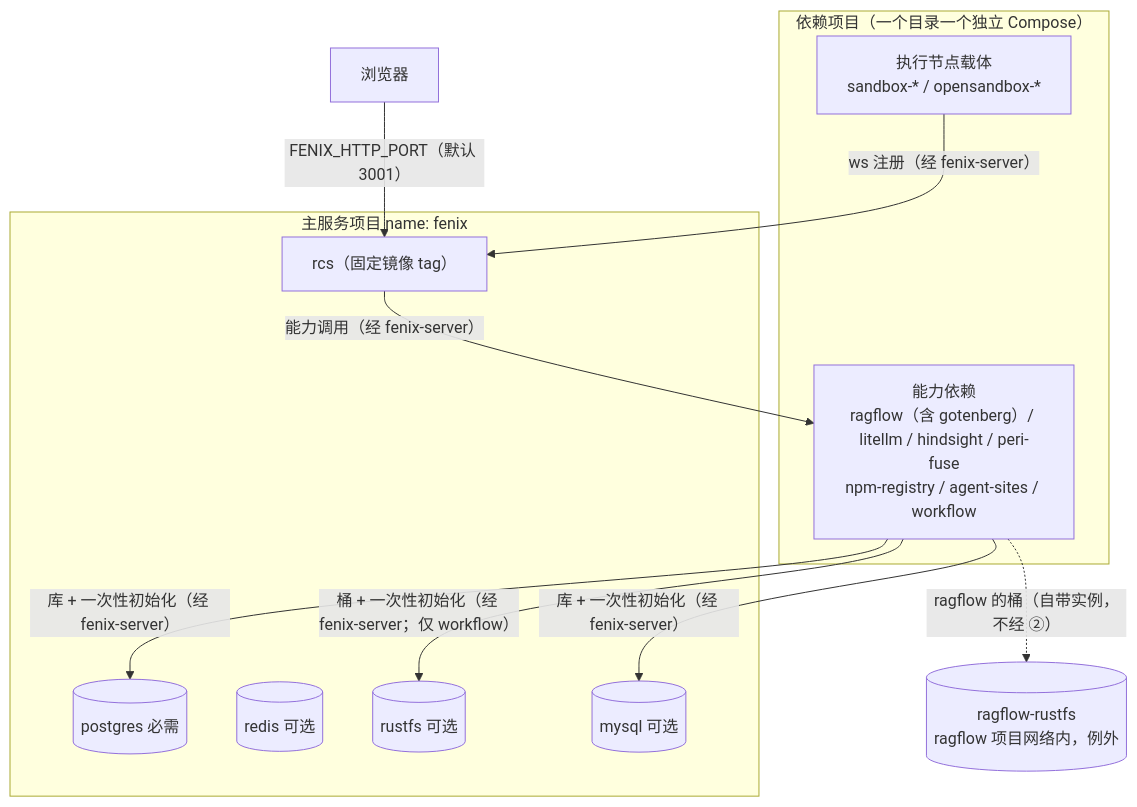
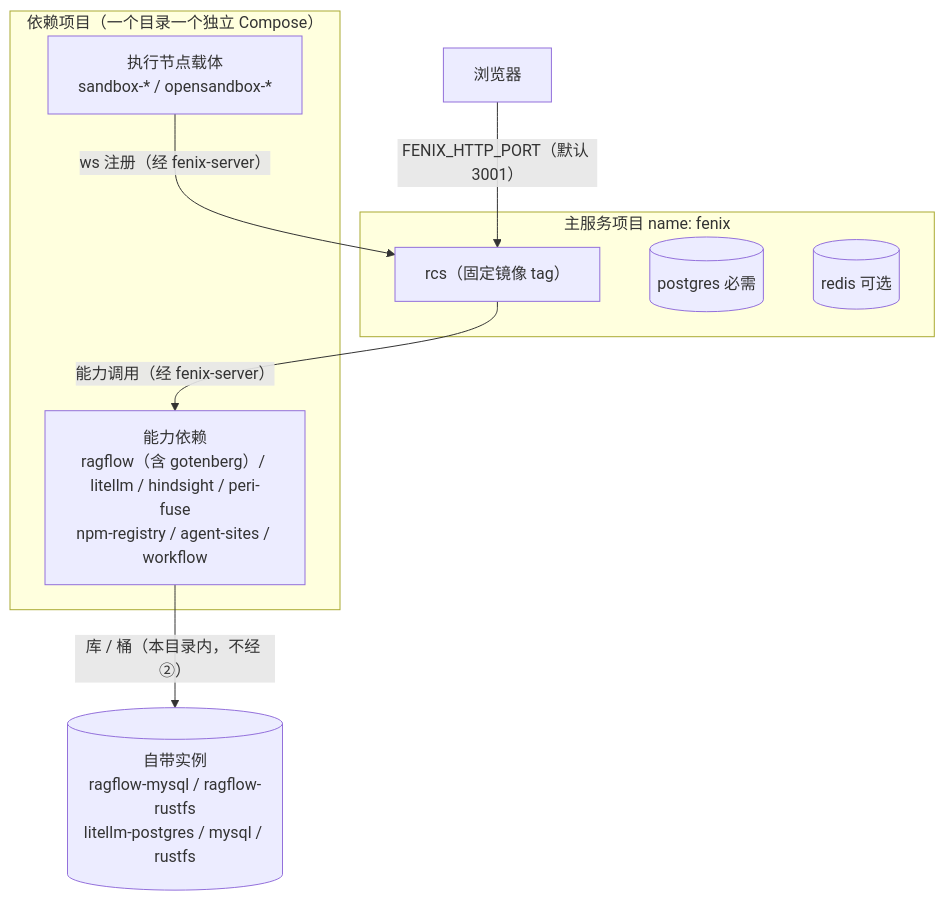
One commit to HuangPuStar/FenixAgent changed the third of 5 diagrams in docs/arch/26-deployment-topology.md. Above: the diagram before and after it, drawn with Mermaid. The commit also changed other lines of this file and 73 other files, not shown here.

````diff
--- a/docs/arch/26-deployment-topology.md
+++ b/docs/arch/26-deployment-topology.md
@@ -181,25 +195,20 @@
 ```mermaid
 flowchart TB
     User["浏览器"] -->|"FENIX_HTTP_PORT（默认 3001）"| RCS["rcs（固定镜像 tag）"]
 
     subgraph Top["主服务项目 name: fenix"]
         RCS
         PG[("postgres 必需")]
         REDIS[("redis 可选")]
-        RUSTFS[("rustfs 可选")]
-        MYSQL[("mysql 可选")]
     end
 
     subgraph Deps["依赖项目（一个目录一个独立 Compose）"]
         CAP["能力依赖<br/>ragflow（含 gotenberg）/ litellm / hindsight / peri-fuse<br/>npm-registry / agent-sites / workflow"]
         NODE["执行节点载体<br/>sandbox-* / opensandbox-*"]
     end
 
-    CAP -->|"库 + 一次性初始化（经 fenix-server）"| PG
-    CAP -->|"桶 + 一次性初始化（经 fenix-server；仅 workflow）"| RUSTFS
-    CAP -->|"库 + 一次性初始化（经 fenix-server）"| MYSQL
-    CAP -.->|"ragflow 的桶（自带实例，不经 ②）"| RAGFS[("ragflow-rustfs<br/>ragflow 项目网络内，例外")]
+    CAP -->|"库 / 桶（本目录内，不经 ②）"| OWN[("自带实例<br/>ragflow-mysql / ragflow-rustfs<br/>litellm-postgres / mysql / rustfs")]
 
     RCS -->|"能力调用（经 fenix-server）"| CAP
     NODE -->|"ws 注册（经 fenix-server）"| RCS
 ```
````
